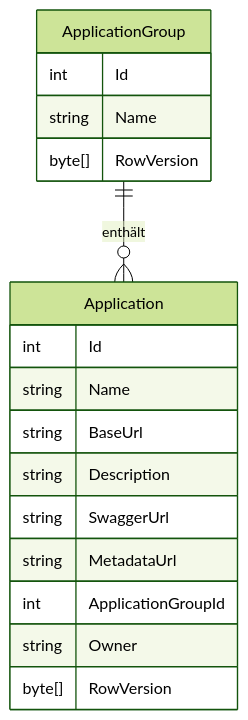
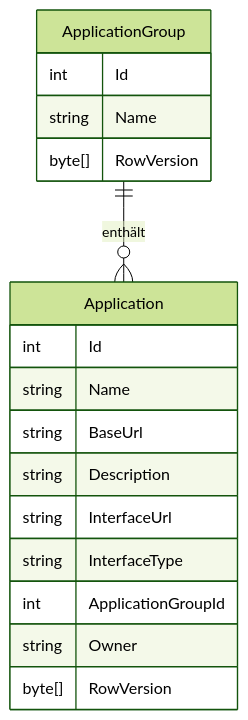
The diagram in docs/help/anwendungen/datenmodell.md (martin-stromberg/Schnittstellenzentrale), drawn with Mermaid (forest theme) before and after one commit. The commit also changed other lines of this file and 70 other files, not shown here.

````diff
--- a/docs/help/anwendungen/datenmodell.md
+++ b/docs/help/anwendungen/datenmodell.md
@@ -38,20 +38,20 @@
 ```mermaid
 erDiagram
     ApplicationGroup {
         int Id
         string Name
         byte[] RowVersion
     }
     Application {
         int Id
         string Name
         string BaseUrl
         string Description
-        string SwaggerUrl
-        string MetadataUrl
+        string InterfaceUrl
+        string InterfaceType
         int ApplicationGroupId
         string Owner
         byte[] RowVersion
     }
     ApplicationGroup ||--o{ Application : "enthält"
 ```
````
